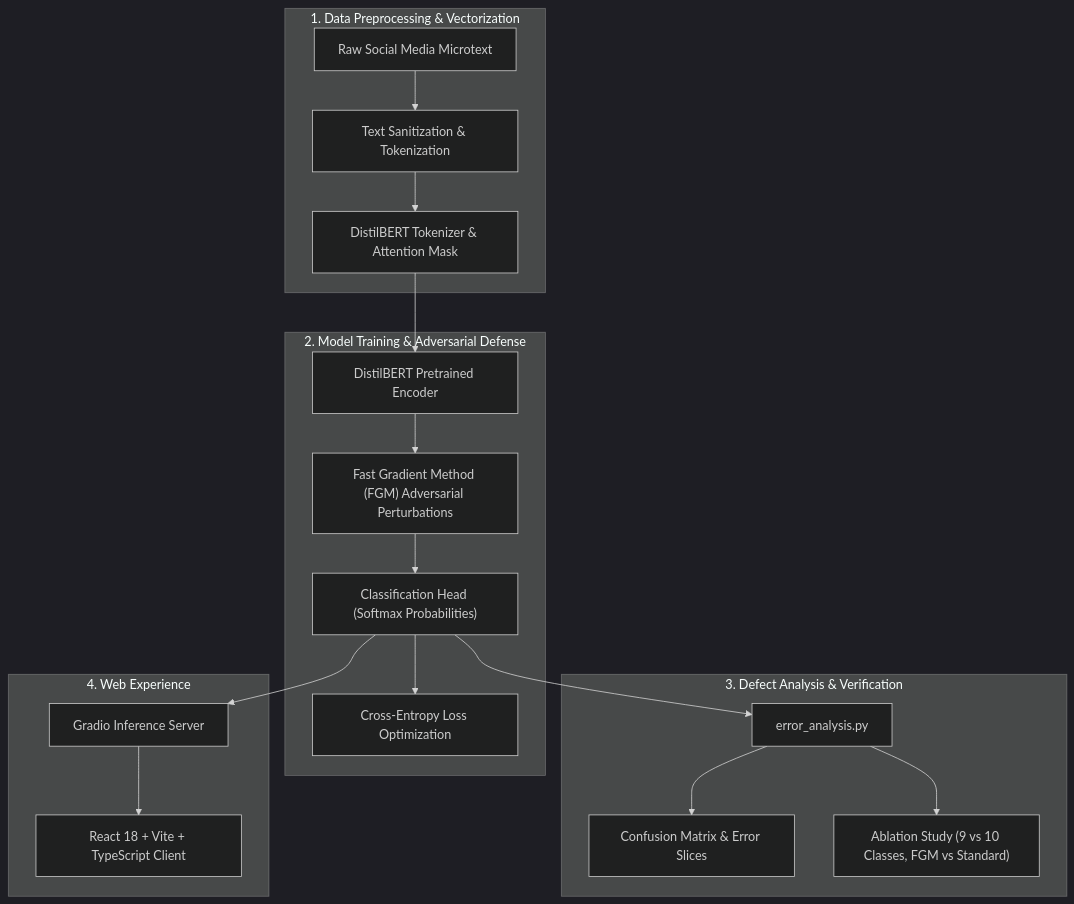
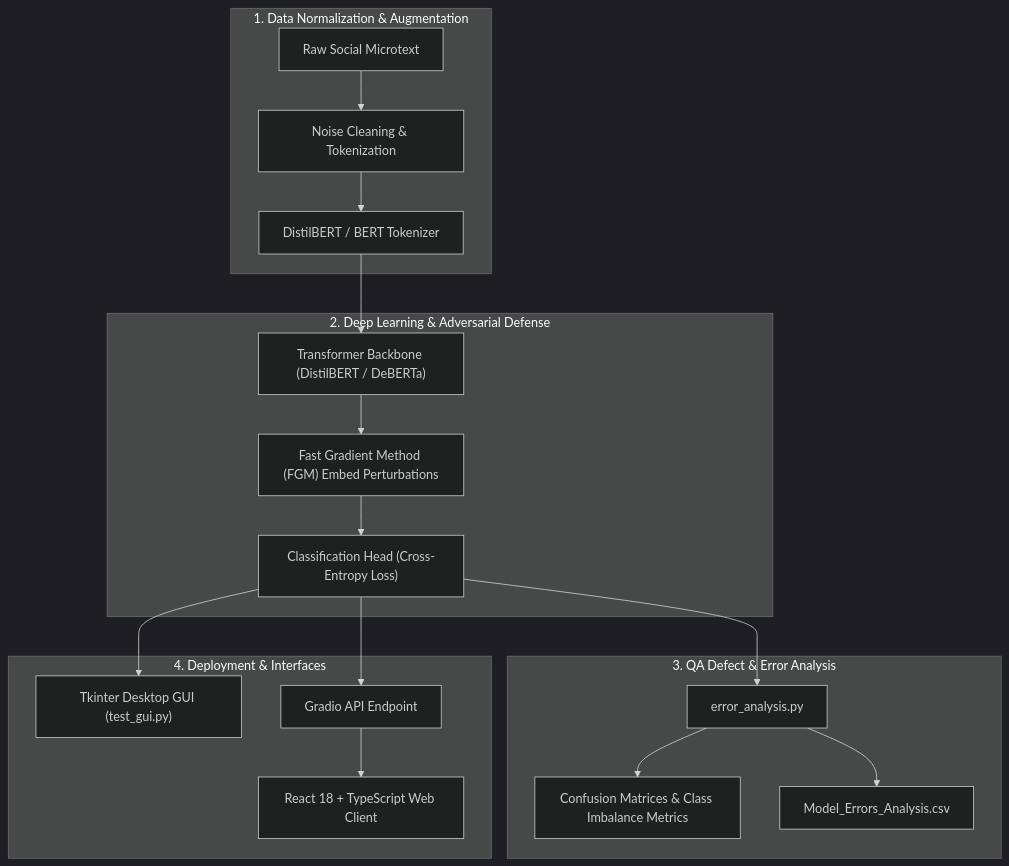
Before and after one commit to ahmadrashed2589-hue/NLP: the diagram in README.md, drawn with Mermaid (dark theme). The commit also changed other lines of this file, not shown here.

````diff
--- a/README.md
+++ b/README.md
@@ -28,25 +89,25 @@
 ```mermaid
 flowchart TD
-    subgraph Data_Pipeline ["1. Data Preprocessing & Vectorization"]
-        RAW["Raw Social Media Microtext"] --> CLEAN["Text Sanitization & Tokenization"]
-        CLEAN --> DBERT["DistilBERT Tokenizer & Attention Mask"]
+    subgraph Data_Prep ["1. Data Normalization & Augmentation"]
+        RAW["Raw Social Microtext"] --> SAN["Noise Cleaning & Tokenization"]
+        SAN --> TOK["DistilBERT / BERT Tokenizer"]
     end
 
-    subgraph Model_Architecture ["2. Model Training & Adversarial Defense"]
-        DBERT --> TRANSFORMER["DistilBERT Pretrained Encoder"]
-        TRANSFORMER --> FGM["Fast Gradient Method (FGM) Adversarial Perturbations"]
-        FGM --> CLASSIFIER["Classification Head (Softmax Probabilities)"]
-        CLASSIFIER --> LOSS["Cross-Entropy Loss Optimization"]
+    subgraph Defense_Train ["2. Deep Learning & Adversarial Defense"]
+        TOK --> BACKBONE["Transformer Backbone (DistilBERT / DeBERTa)"]
+        BACKBONE --> FGM["Fast Gradient Method (FGM) Embed Perturbations"]
+        FGM --> HEAD["Classification Head (Cross-Entropy Loss)"]
     end
 
-    subgraph QA_Evaluation ["3. Defect Analysis & Verification"]
-        CLASSIFIER --> EVAL["error_analysis.py"]
-        EVAL --> C_MATRIX["Confusion Matrix & Error Slices"]
-        EVAL --> ABLATION["Ablation Study (9 vs 10 Classes, FGM vs Standard)"]
+    subgraph Defect_Audit ["3. QA Defect & Error Analysis"]
+        HEAD --> AUDIT["error_analysis.py"]
+        AUDIT --> CONFUSION["Confusion Matrices & Class Imbalance Metrics"]
+        AUDIT --> REPORT["Model_Errors_Analysis.csv"]
     end
 
-    subgraph Frontend_App ["4. Web Experience"]
-        CLASSIFIER --> GRADIO["Gradio Inference Server"]
-        GRADIO --> REACT["React 18 + Vite + TypeScript Client"]
+    subgraph Client_Inference ["4. Deployment & Interfaces"]
+        HEAD --> DESKTOP["Tkinter Desktop GUI (test_gui.py)"]
+        HEAD --> GRADIO["Gradio API Endpoint"]
+        GRADIO --> WEB["React 18 + TypeScript Web Client"]
     end
 ```
````
